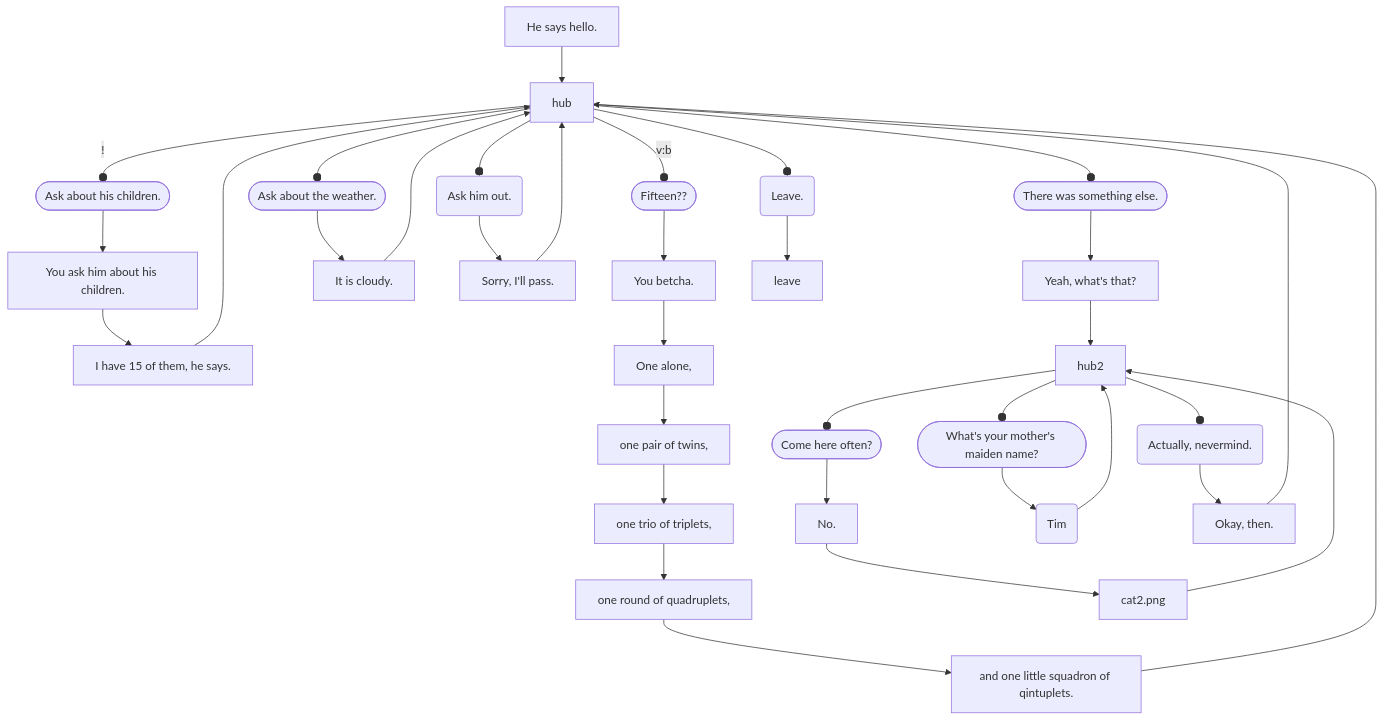
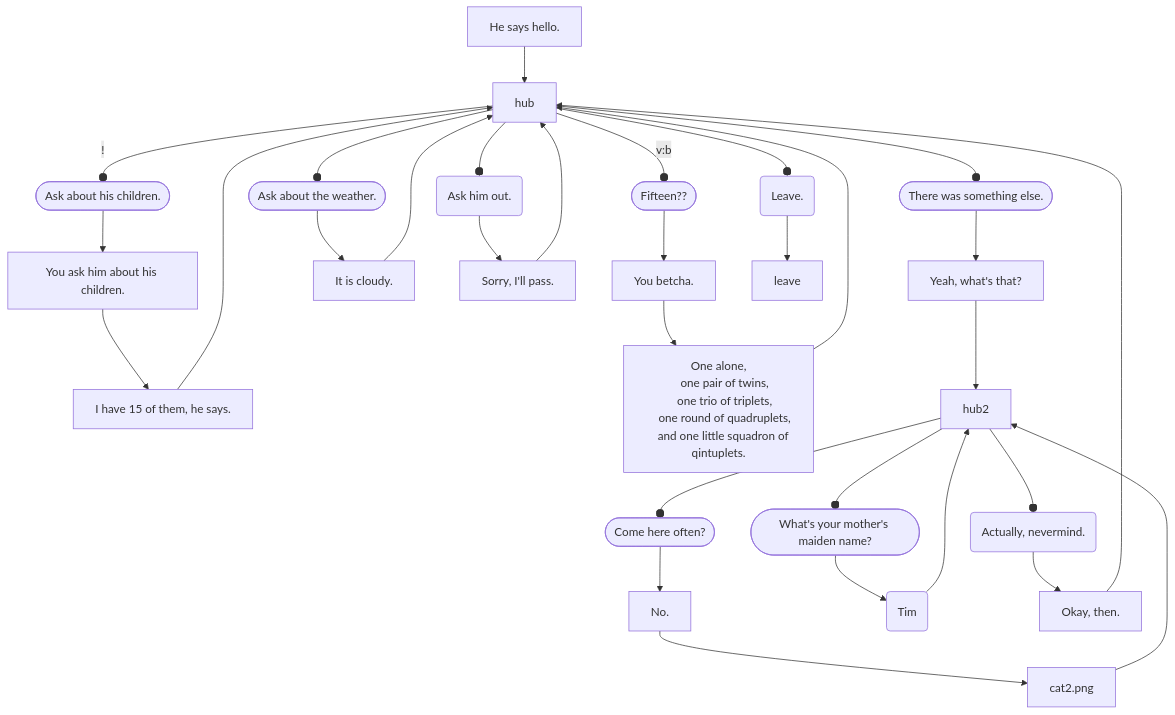
The diagram in src/assets/scenes/_test.mmd (probablyduncan/cafe), drawn with Mermaid before and after one commit. The commit also changed 12 other files, not shown here.

```diff
--- a/src/assets/scenes/_test.mmd
+++ b/src/assets/scenes/_test.mmd
@@ -1,34 +1,35 @@
 flowchart TD
 %% i[Hey] --edge text--> ii[Hi] --> |ooh| iii[Ho]
 
 %% i --> |Take a bite.| iv[You take a bite.]
 %% i --> return
 
 %% c1(The first choice.)
 %% c2((The second choice.))
 %% c3(((The third choice.)))
 %% c4([The fourth choice.])
 
 %% c[It looks pretty tasty.] -- hasTeeth --> c5[[Take a bite.]] --!hasTeeth--> c6[You take a bite.]
 
 oog[He says hello.] --> hub
 
 hub -- ! --o b([Ask about his children.]) --> ba[You ask him about his children.] --> be[I have 15 of them, he says.] --> hub
 
 hub -- v:b --o bb([Fifteen??]) --> bc[You betcha.] 
---> bd[One alone,] 
---> bi[one pair of twins,] 
---> bf[one trio of triplets,]
---> bg[one round of quadruplets,]
---> bh[and one little squadron of qintuplets.] --> hub
+--> bd[
+    One alone,
+    one pair of twins,
+    one trio of triplets,
+    one round of quadruplets,
+    and one little squadron of qintuplets.] --> hub
 
 %% hub --> z[basic.mmd]
 
 hub --o u([Ask about the weather.]) --> ua[It is cloudy.] --> hub
 hub --o d(Ask him out.) --> da[Sorry, I'll pass.] --> hub
 hub --o e([There was something else.]) --> e3[Yeah, what's that?] --> hub2
 hub --o a(Leave.) --> leave
 
 hub2 --o b2([Come here often?]) --> b2a[No.] --> cat2[cat2.png] --> hub2
 hub2 --o d2([What's your mother's maiden name?]) --> d2a(Tim) --> hub2
 hub2 --o a2(Actually, nevermind.) --> e2[Okay, then.] --> hub
```
